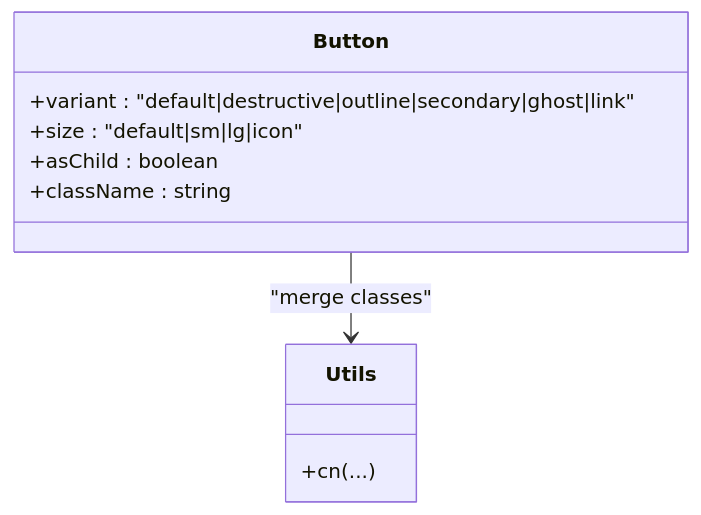
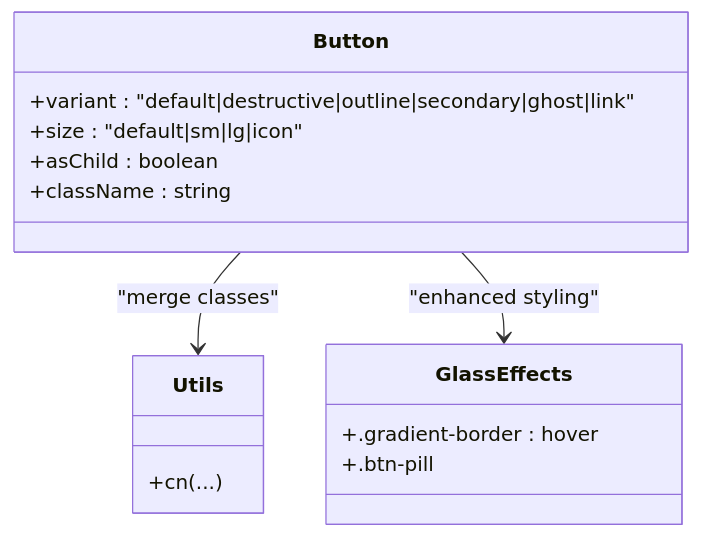
Before and after one commit to alikizang/datafrica: the fourth of 8 diagrams in .qoder/repowiki/en/content/UI Components/UI Components.md, drawn with Mermaid. The commit also changed other lines of this file and 15 other files, not shown here.

````diff
--- a/.qoder/repowiki/en/content/UI Components/UI Components.md
+++ b/.qoder/repowiki/en/content/UI Components/UI Components.md
@@ -232,13 +281,18 @@
 ```mermaid
 classDiagram
 class Button {
 +variant : "default|destructive|outline|secondary|ghost|link"
 +size : "default|sm|lg|icon"
 +asChild : boolean
 +className : string
 }
+class GlassEffects {
++.gradient-border : hover
++.btn-pill
+}
 class Utils {
 +cn(...)
 }
 Button --> Utils : "merge classes"
+Button --> GlassEffects : "enhanced styling"
 ```
````
